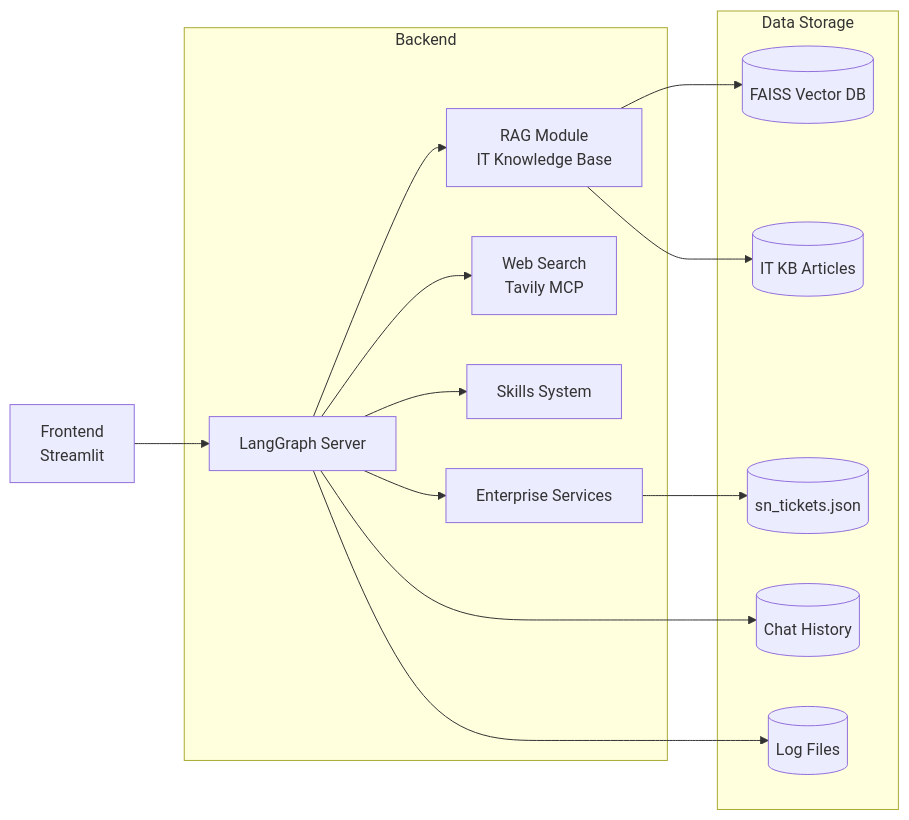
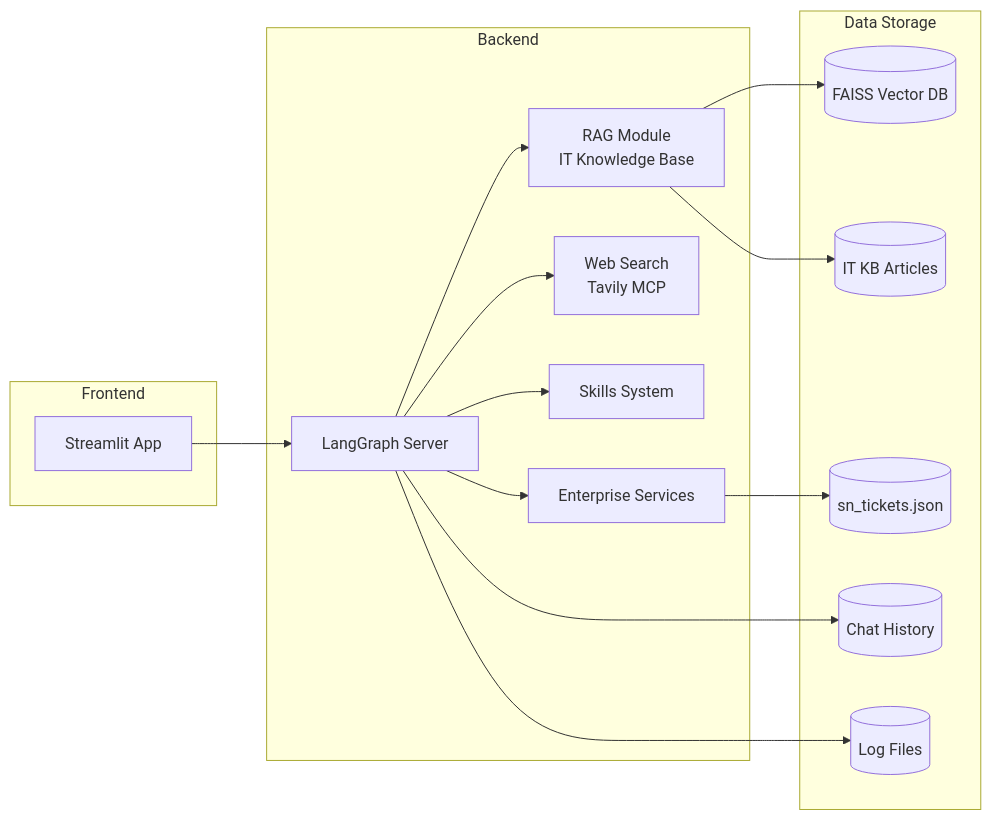
The diagram in PROJECT_DESCRIPTION.md (yongkui/project-aero), drawn with Mermaid before and after one commit.

Commit message:
docs: Fix line breaks in Mermaid diagram labels

````diff
--- a/PROJECT_DESCRIPTION.md
+++ b/PROJECT_DESCRIPTION.md
@@ -26,31 +26,33 @@
 ```mermaid
 graph LR
-    A[Frontend\nStreamlit]
+    subgraph Frontend
+        A[Streamlit App]
+    end
     
     subgraph Backend
         B[LangGraph Server]
-        C[RAG Module\nIT Knowledge Base]
-        D[Web Search\nTavily MCP]
+        C[RAG Module<br/>IT Knowledge Base]
+        D[Web Search<br/>Tavily MCP]
         E[Skills System]
         F[Enterprise Services]
     end
     
     subgraph Data Storage
         G[(FAISS Vector DB)]
         H[(IT KB Articles)]
         I[(sn_tickets.json)]
         J[(Chat History)]
         K[(Log Files)]
     end
     
     A --> B
     B --> C
     B --> D
     B --> E
     B --> F
     C --> G
     C --> H
     F --> I
     B --> J
     B --> K
 ```
````
